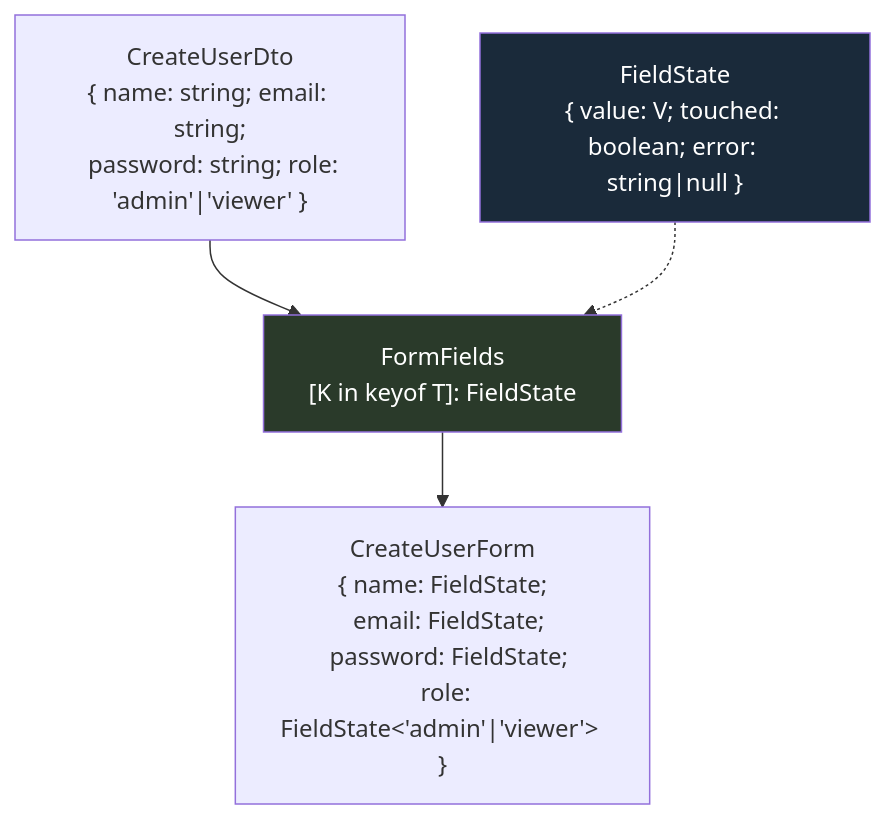
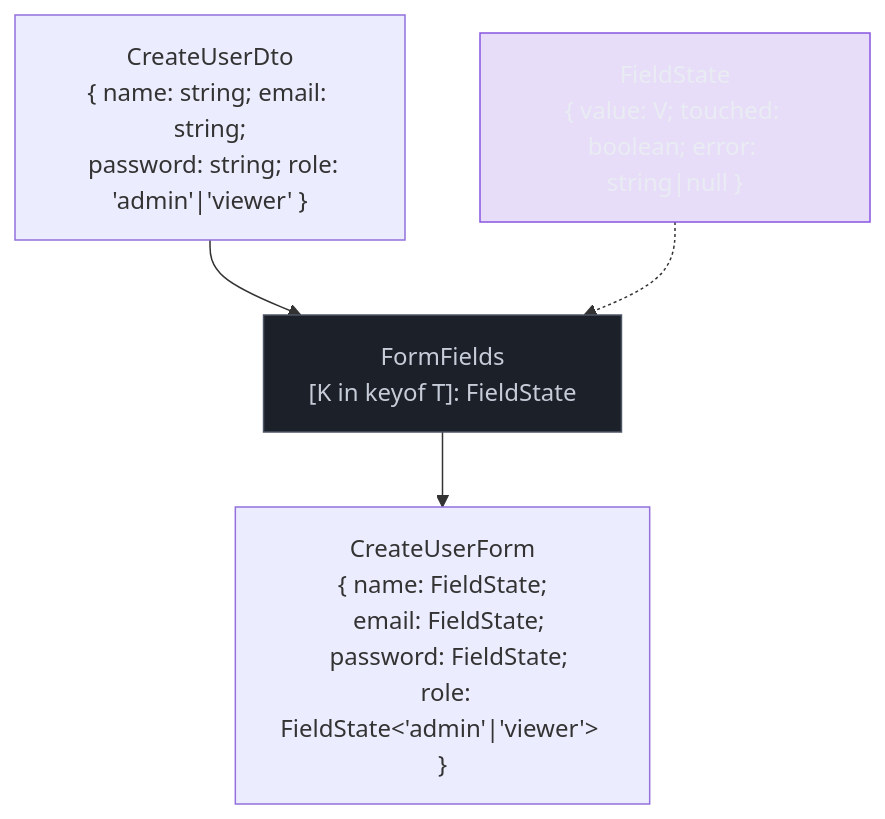
The third of 5 diagrams in 03-Dominios/Tecnologia/TypeScript/16 - Mapped types e key remapping.md (josenaldo/codex-technomanticus), drawn with Mermaid before and after one commit. The commit also changed other lines of this file and 1181 other files, not shown here.

First line of the commit message:
fix(diagramas): paleta do sistema no lugar de cor cravada no markdown

````diff
--- a/03-Dominios/Tecnologia/TypeScript/16 - Mapped types e key remapping.md
+++ b/03-Dominios/Tecnologia/TypeScript/16 - Mapped types e key remapping.md
@@ -321,13 +323,15 @@
 ```mermaid
 flowchart TD
+    classDef neutro fill:#1B2029,stroke:#4E5666,color:#C6CCD8
+    classDef marca fill:#8855DF33,stroke:#8855DF,color:#E9ECF2
     DTO["CreateUserDto\n{ name: string; email: string;\n  password: string; role: 'admin'|'viewer' }"]
     MAP["FormFields<T>\n[K in keyof T]: FieldState<T[K]>"]
     FORM["CreateUserForm\n{ name: FieldState<string>;\n  email: FieldState<string>;\n  password: FieldState<string>;\n  role: FieldState<'admin'|'viewer'> }"]
     FIELD["FieldState<V>\n{ value: V; touched: boolean; error: string|null }"]
 
     DTO --> MAP --> FORM
     FIELD -.-> MAP
 
-    style MAP fill:#2a3a2a,color:#fff
-    style FIELD fill:#1a2a3a,color:#fff
+    class MAP neutro
+    class FIELD marca
 ```
````
